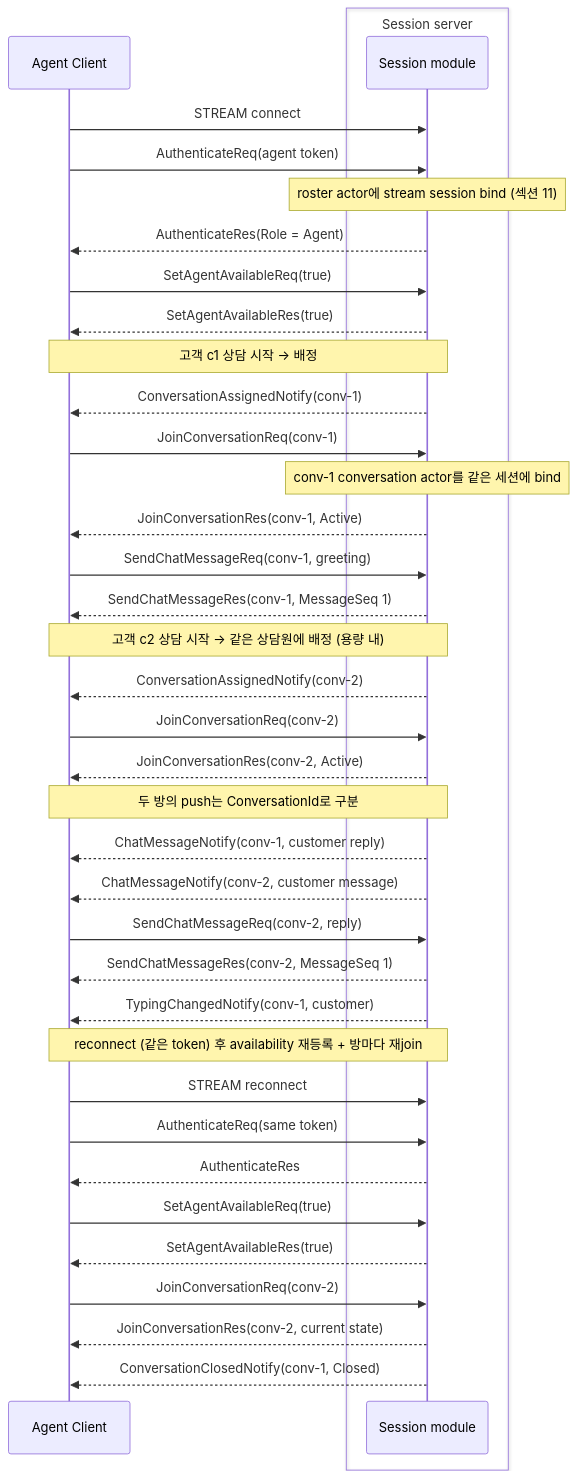
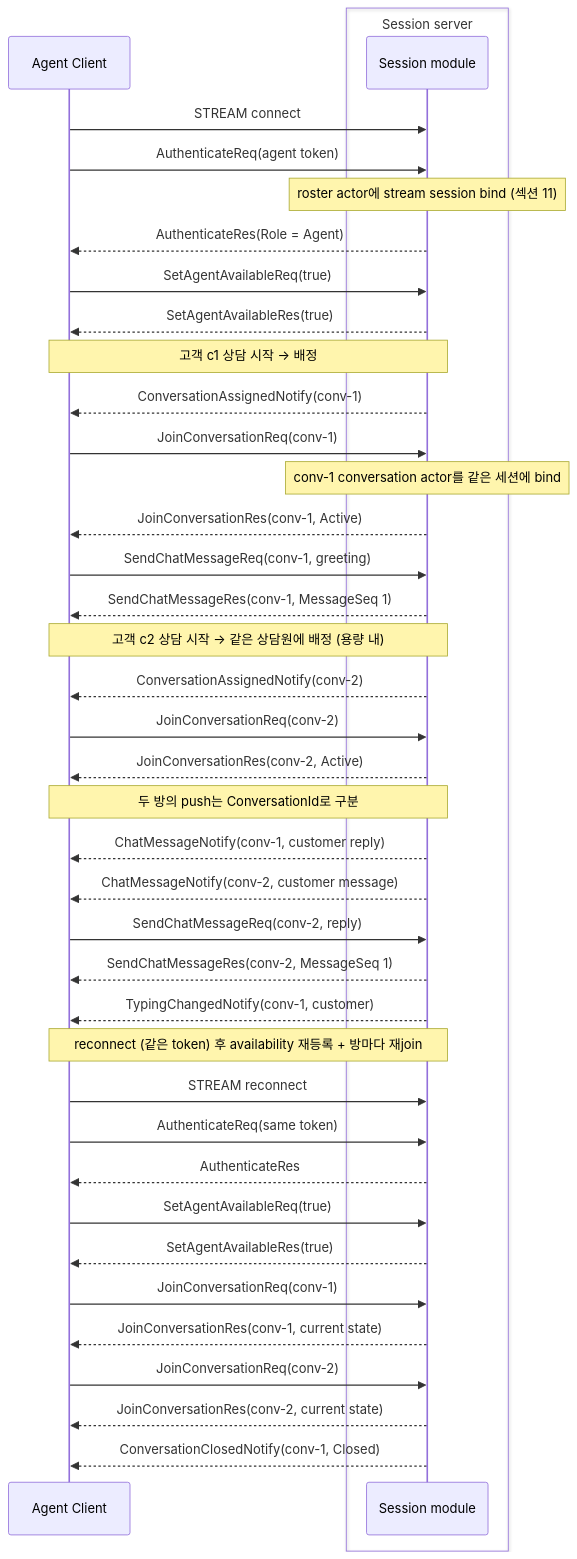
One commit to kairos-code-dev/zlink changed the ninth of 9 diagrams in framework/doc/framework/common/sample/supportchat/README.ko.md. Above: the diagram before and after it, drawn with Mermaid. The commit also changed other lines of this file and 8 other files, not shown here.

````diff
--- a/framework/doc/framework/common/sample/supportchat/README.ko.md
+++ b/framework/doc/framework/common/sample/supportchat/README.ko.md
@@ -956,47 +968,49 @@
 ```mermaid
 sequenceDiagram
     participant A as Agent Client
 
     box Session server
         participant S as Session module
     end
 
     A->>S: STREAM connect
     A->>S: AuthenticateReq(agent token)
     Note over S: roster actor에 stream session bind (섹션 11)
     S-->>A: AuthenticateRes(Role = Agent)
     A->>S: SetAgentAvailableReq(true)
     S-->>A: SetAgentAvailableRes(true)
 
     Note over A,S: 고객 c1 상담 시작 → 배정
     S-->>A: ConversationAssignedNotify(conv-1)
     A->>S: JoinConversationReq(conv-1)
     Note over S: conv-1 conversation actor를 같은 세션에 bind
     S-->>A: JoinConversationRes(conv-1, Active)
     A->>S: SendChatMessageReq(conv-1, greeting)
     S-->>A: SendChatMessageRes(conv-1, MessageSeq 1)
 
     Note over A,S: 고객 c2 상담 시작 → 같은 상담원에 배정 (용량 내)
     S-->>A: ConversationAssignedNotify(conv-2)
     A->>S: JoinConversationReq(conv-2)
     S-->>A: JoinConversationRes(conv-2, Active)
 
     Note over A,S: 두 방의 push는 ConversationId로 구분
     S-->>A: ChatMessageNotify(conv-1, customer reply)
     S-->>A: ChatMessageNotify(conv-2, customer message)
     A->>S: SendChatMessageReq(conv-2, reply)
     S-->>A: SendChatMessageRes(conv-2, MessageSeq 1)
 
     S-->>A: TypingChangedNotify(conv-1, customer)
 
     Note over A,S: reconnect (같은 token) 후 availability 재등록 + 방마다 재join
     A->>S: STREAM reconnect
     A->>S: AuthenticateReq(same token)
     S-->>A: AuthenticateRes
     A->>S: SetAgentAvailableReq(true)
     S-->>A: SetAgentAvailableRes(true)
+    A->>S: JoinConversationReq(conv-1)
+    S-->>A: JoinConversationRes(conv-1, current state)
     A->>S: JoinConversationReq(conv-2)
     S-->>A: JoinConversationRes(conv-2, current state)
 
     S-->>A: ConversationClosedNotify(conv-1, Closed)
 ```
````
